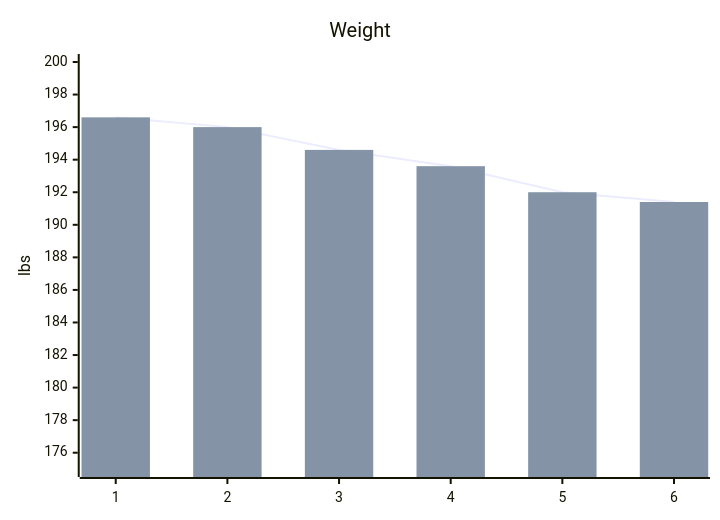
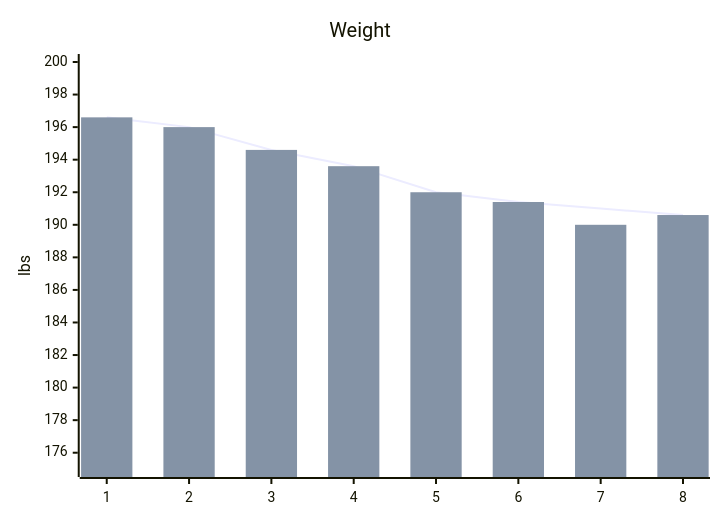
One commit to stevenelson35/stevenelson35.github.io changed the diagram in all_collections/_personal/goals.md. Above: the diagram before and after it, drawn with Mermaid. The commit also changed other lines of this file, not shown here.

```diff
--- a/all_collections/_personal/goals.md
+++ b/all_collections/_personal/goals.md
@@ -11,8 +11,8 @@
 <pre class="mermaid" >
   xychart-beta
     title "Weight" 
-    x-axis [1, 2, 3, 4, 5, 6] 
+    x-axis [1, 2, 3, 4, 5, 6, 7, 8] 
     y-axis "lbs" 175 --> 200
     line [196.6, 196.0, 194.6, 193.6, 192.0, 191.4, 191.0, 190.6]
     bar [196.6, 196.0, 194.6, 193.6, 192.0, 191.4, 190.0, 190.6]
 </pre>
```
